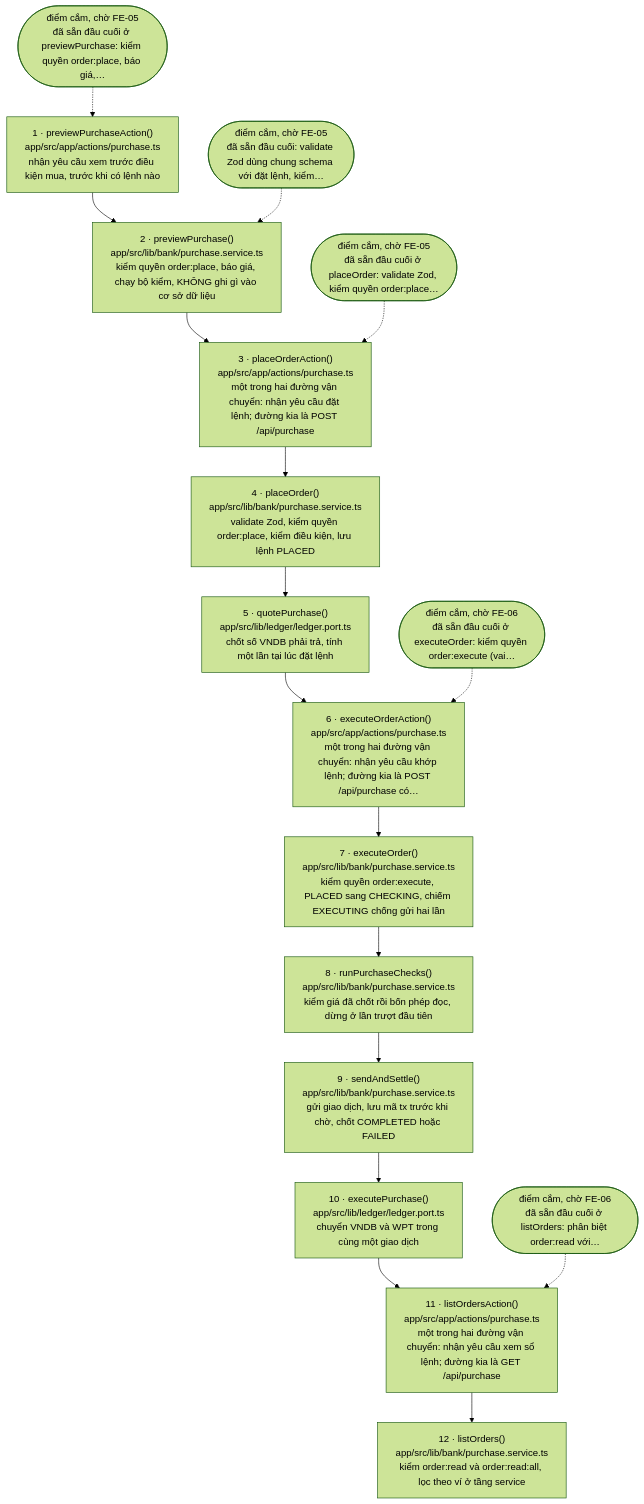
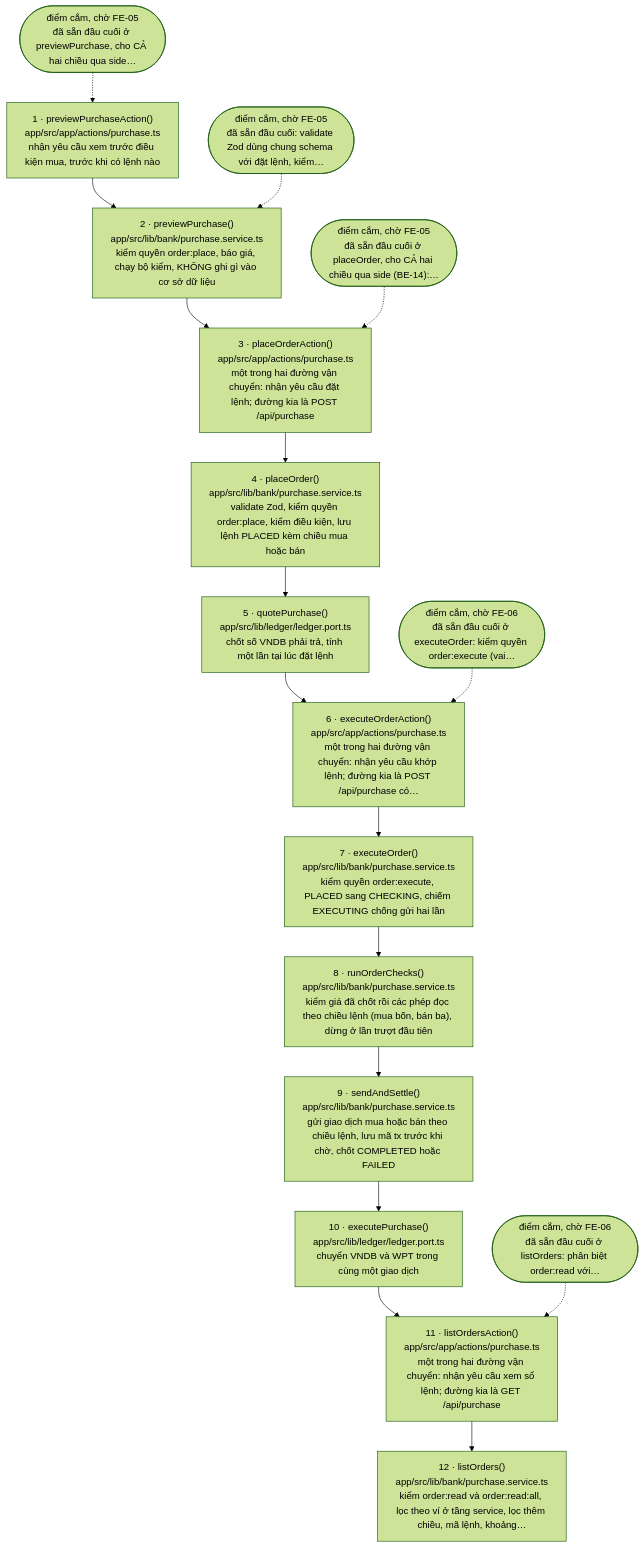
One commit to tuannino/bidv-rwa-tokenize changed the diagram in docs/flows/purchase.md. Above: the diagram before and after it, drawn with Mermaid (forest theme). The commit also changed other lines of this file and 2 other files, not shown here.

First line of the commit message:
docs(be-14): báo cáo công nghệ 2.8, sinh lại sơ đồ luồng purchase và bảng điểm cắm, checkpoint BE-14

````diff
--- a/docs/flows/purchase.md
+++ b/docs/flows/purchase.md
@@ -21,36 +21,36 @@
 ```mermaid
 flowchart TD
   s1["1 · previewPurchaseAction()<br/>app/src/app/actions/purchase.ts<br/>nhận yêu cầu xem trước điều kiện mua, trước khi có lệnh nào"]
   s2["2 · previewPurchase()<br/>app/src/lib/bank/purchase.service.ts<br/>kiểm quyền order:place, báo giá, chạy bộ kiểm, KHÔNG ghi gì vào cơ sở dữ liệu"]
   s3["3 · placeOrderAction()<br/>app/src/app/actions/purchase.ts<br/>một trong hai đường vận chuyển: nhận yêu cầu đặt lệnh; đường kia là POST /api/purchase"]
-  s4["4 · placeOrder()<br/>app/src/lib/bank/purchase.service.ts<br/>validate Zod, kiểm quyền order:place, kiểm điều kiện, lưu lệnh PLACED"]
+  s4["4 · placeOrder()<br/>app/src/lib/bank/purchase.service.ts<br/>validate Zod, kiểm quyền order:place, kiểm điều kiện, lưu lệnh PLACED kèm chiều mua hoặc bán"]
   s5["5 · quotePurchase()<br/>app/src/lib/ledger/ledger.port.ts<br/>chốt số VNDB phải trả, tính một lần tại lúc đặt lệnh"]
   s6["6 · executeOrderAction()<br/>app/src/app/actions/purchase.ts<br/>một trong hai đường vận chuyển: nhận yêu cầu khớp lệnh; đường kia là POST /api/purchase có…"]
   s7["7 · executeOrder()<br/>app/src/lib/bank/purchase.service.ts<br/>kiểm quyền order:execute, PLACED sang CHECKING, chiếm EXECUTING chống gửi hai lần"]
-  s8["8 · runPurchaseChecks()<br/>app/src/lib/bank/purchase.service.ts<br/>kiểm giá đã chốt rồi bốn phép đọc, dừng ở lần trượt đầu tiên"]
-  s9["9 · sendAndSettle()<br/>app/src/lib/bank/purchase.service.ts<br/>gửi giao dịch, lưu mã tx trước khi chờ, chốt COMPLETED hoặc FAILED"]
+  s8["8 · runOrderChecks()<br/>app/src/lib/bank/purchase.service.ts<br/>kiểm giá đã chốt rồi các phép đọc theo chiều lệnh (mua bốn, bán ba), dừng ở lần trượt đầu tiên"]
+  s9["9 · sendAndSettle()<br/>app/src/lib/bank/purchase.service.ts<br/>gửi giao dịch mua hoặc bán theo chiều lệnh, lưu mã tx trước khi chờ, chốt COMPLETED hoặc FAILED"]
   s10["10 · executePurchase()<br/>app/src/lib/ledger/ledger.port.ts<br/>chuyển VNDB và WPT trong cùng một giao dịch"]
   s11["11 · listOrdersAction()<br/>app/src/app/actions/purchase.ts<br/>một trong hai đường vận chuyển: nhận yêu cầu xem sổ lệnh; đường kia là GET /api/purchase"]
-  s12["12 · listOrders()<br/>app/src/lib/bank/purchase.service.ts<br/>kiểm order:read và order:read:all, lọc theo ví ở tầng service"]
-  w1(["điểm cắm, chờ FE-05<br/>đã sẵn đầu cuối ở previewPurchase: kiểm quyền order:place, báo giá,…"])
+  s12["12 · listOrders()<br/>app/src/lib/bank/purchase.service.ts<br/>kiểm order:read và order:read:all, lọc theo ví ở tầng service, lọc thêm chiều, mã lệnh, khoảng…"]
+  w1(["điểm cắm, chờ FE-05<br/>đã sẵn đầu cuối ở previewPurchase, cho CẢ hai chiều qua side…"])
   w2(["điểm cắm, chờ FE-05<br/>đã sẵn đầu cuối: validate Zod dùng chung schema với đặt lệnh, kiểm…"])
-  w3(["điểm cắm, chờ FE-05<br/>đã sẵn đầu cuối ở placeOrder: validate Zod, kiểm quyền order:place…"])
+  w3(["điểm cắm, chờ FE-05<br/>đã sẵn đầu cuối ở placeOrder, cho CẢ hai chiều qua side (BE-14):…"])
   w4(["điểm cắm, chờ FE-06<br/>đã sẵn đầu cuối ở executeOrder: kiểm quyền order:execute (vai…"])
   w5(["điểm cắm, chờ FE-06<br/>đã sẵn đầu cuối ở listOrders: phân biệt order:read với…"])
   s1 --> s2
   s2 --> s3
   s3 --> s4
   s4 --> s5
   s5 --> s6
   s6 --> s7
   s7 --> s8
   s8 --> s9
   s9 --> s10
   s10 --> s11
   s11 --> s12
   w1 -.-> s1
   w2 -.-> s2
   w3 -.-> s3
   w4 -.-> s6
   w5 -.-> s11
 ```
````
